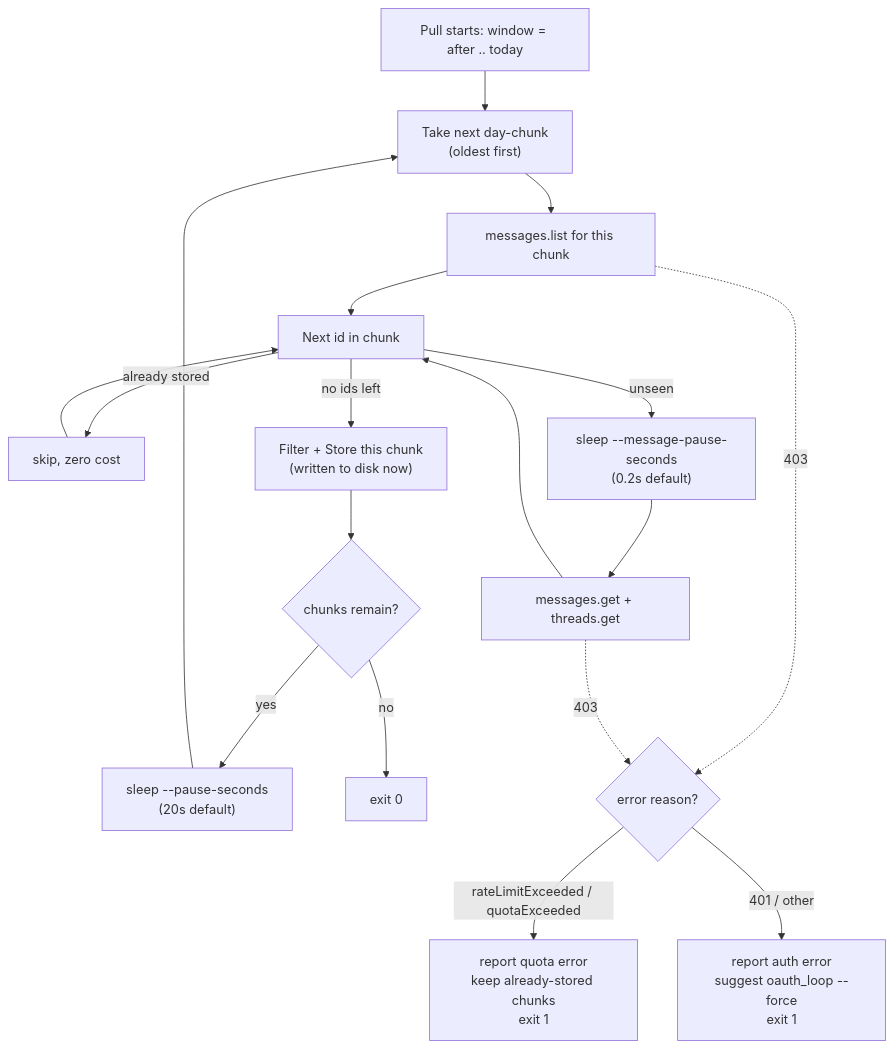
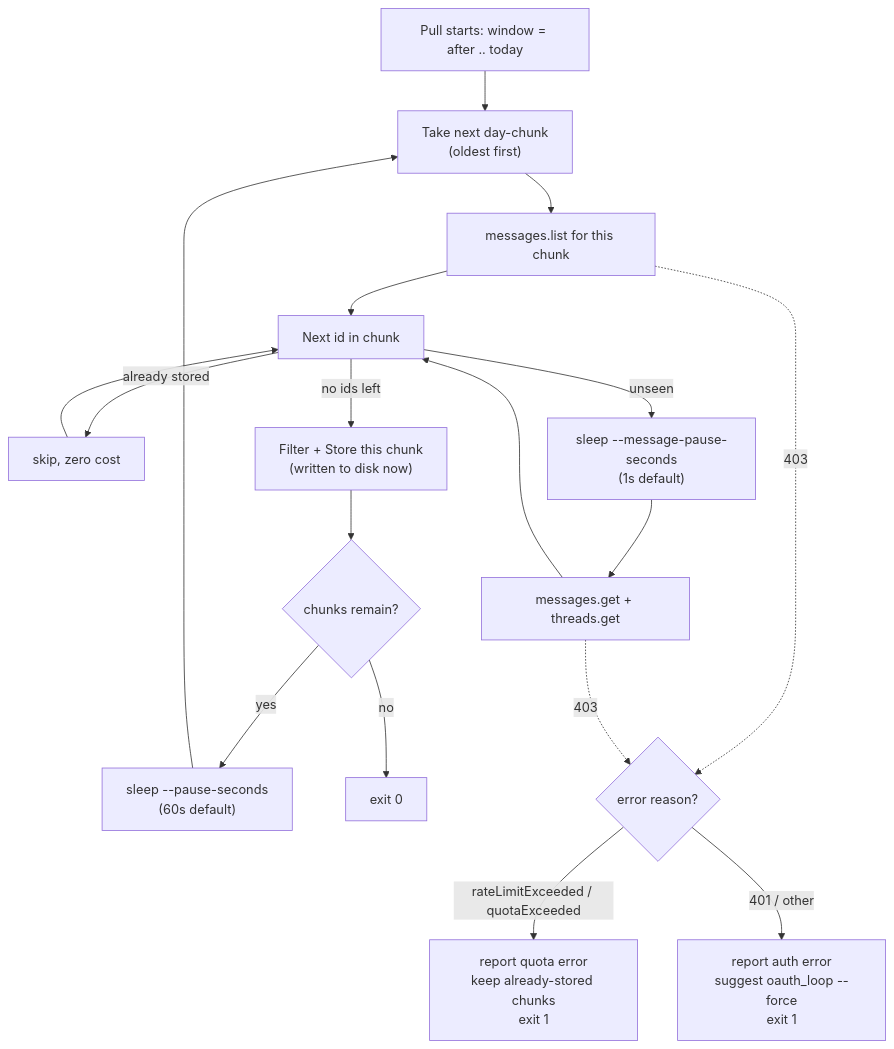
Before and after one commit to samitchaudhuri/personal-os: the diagram in inbound-feeds/README.md, drawn with Mermaid. The commit also changed other lines of this file and 2 other files, not shown here.

First line of the commit message:
Keep replied-to threads in intake and raise pause defaults

````diff
--- a/inbound-feeds/README.md
+++ b/inbound-feeds/README.md
@@ -105,20 +105,20 @@
 ```mermaid
 flowchart TD
     Start["Pull starts: window = after .. today"] --> Chunk["Take next day-chunk\n(oldest first)"]
     Chunk --> List["messages.list for this chunk"]
     List --> ForEach["Next id in chunk"]
     ForEach -->|already stored| SkipDupe["skip, zero cost"]
     SkipDupe --> ForEach
-    ForEach -->|unseen| Throttle["sleep --message-pause-seconds\n(0.2s default)"]
+    ForEach -->|unseen| Throttle["sleep --message-pause-seconds\n(1s default)"]
     Throttle --> Fetch["messages.get + threads.get"]
     Fetch --> ForEach
     ForEach -->|no ids left| Store["Filter + Store this chunk\n(written to disk now)"]
     Store --> More{"chunks remain?"}
-    More -->|yes| Pause["sleep --pause-seconds\n(20s default)"]
+    More -->|yes| Pause["sleep --pause-seconds\n(60s default)"]
     Pause --> Chunk
     More -->|no| Done["exit 0"]
     List -.->|403| Reason{"error reason?"}
     Fetch -.->|403| Reason
     Reason -->|rateLimitExceeded / quotaExceeded| QuotaMsg["report quota error\nkeep already-stored chunks\nexit 1"]
     Reason -->|401 / other| AuthMsg["report auth error\nsuggest oauth_loop --force\nexit 1"]
 ```
````
